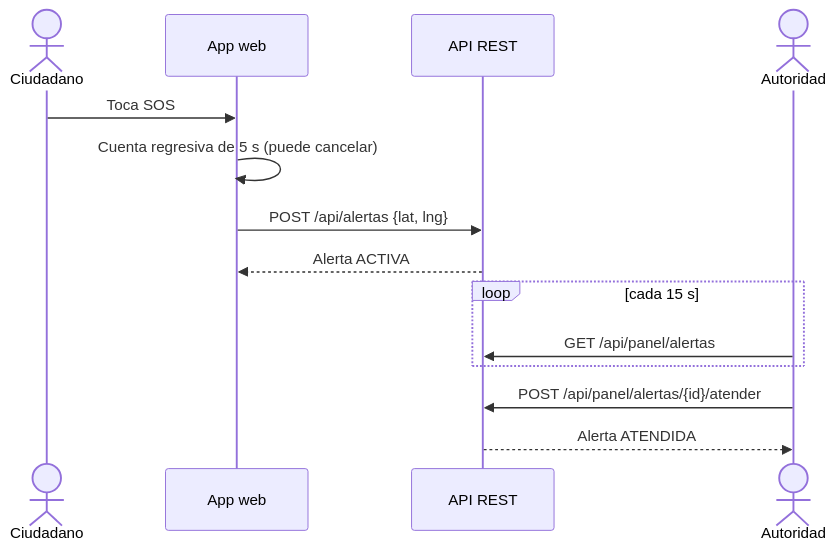
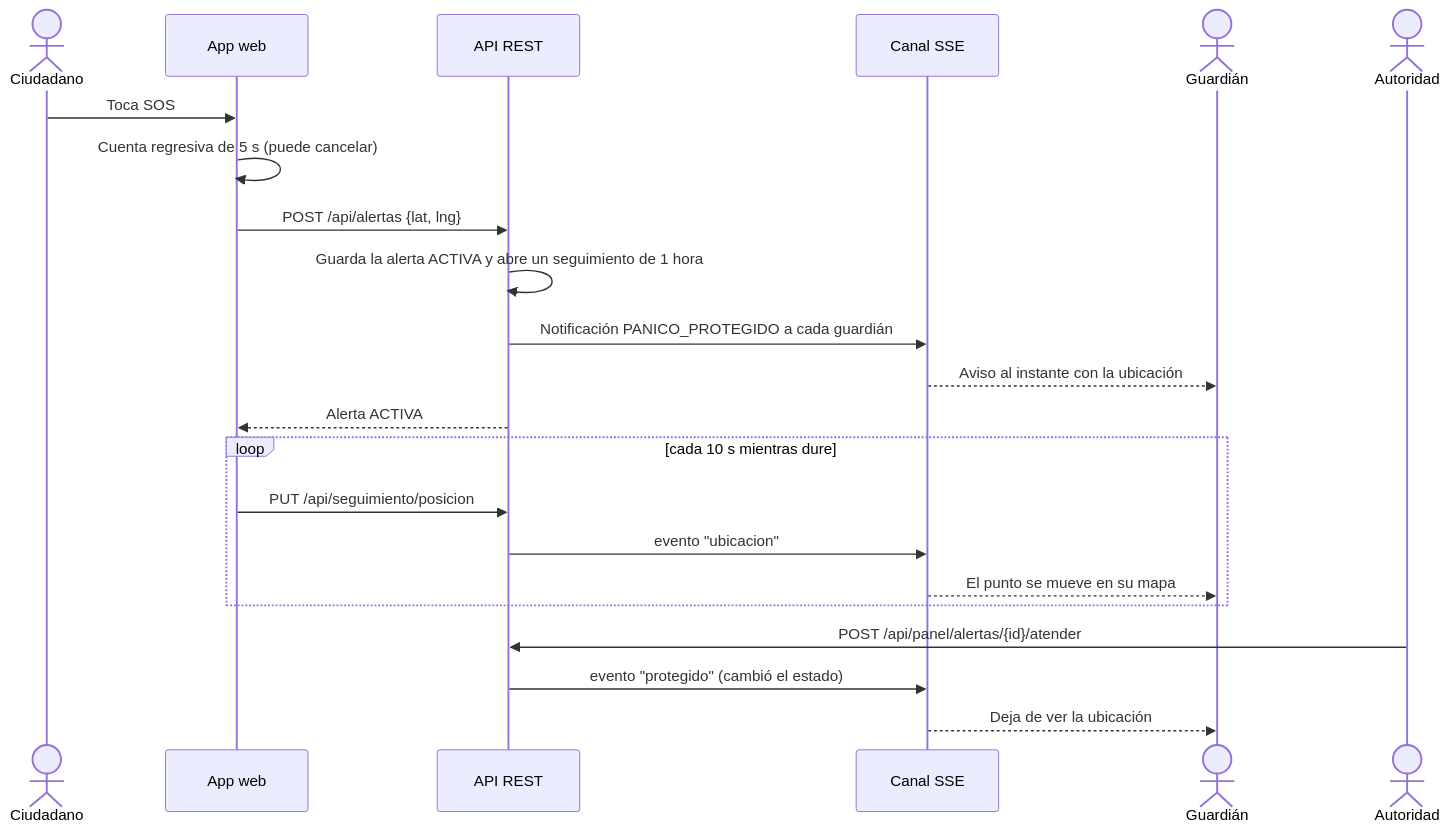
Before and after one commit to HernandoMendozaIng/alertapp-valledupar: the sixth of 10 diagrams in docs/arquitectura.md, drawn with Mermaid. The commit also changed other lines of this file and 10 other files, not shown here.

````diff
--- a/docs/arquitectura.md
+++ b/docs/arquitectura.md
@@ -147,17 +176,25 @@
 ```mermaid
 sequenceDiagram
     actor C as Ciudadano
     participant W as App web
     participant API as API REST
+    participant RT as Canal SSE
+    actor G as Guardián
     actor A as Autoridad
 
     C->>W: Toca SOS
     W->>W: Cuenta regresiva de 5 s (puede cancelar)
     W->>API: POST /api/alertas {lat, lng}
+    API->>API: Guarda la alerta ACTIVA y abre un seguimiento de 1 hora
+    API->>RT: Notificación PANICO_PROTEGIDO a cada guardián
+    RT-->>G: Aviso al instante con la ubicación
     API-->>W: Alerta ACTIVA
-    loop cada 15 s
-        A->>API: GET /api/panel/alertas
+    loop cada 10 s mientras dure
+        W->>API: PUT /api/seguimiento/posicion
+        API->>RT: evento "ubicacion"
+        RT-->>G: El punto se mueve en su mapa
     end
     A->>API: POST /api/panel/alertas/{id}/atender
-    API-->>A: Alerta ATENDIDA
+    API->>RT: evento "protegido" (cambió el estado)
+    RT-->>G: Deja de ver la ubicación
 ```
````
